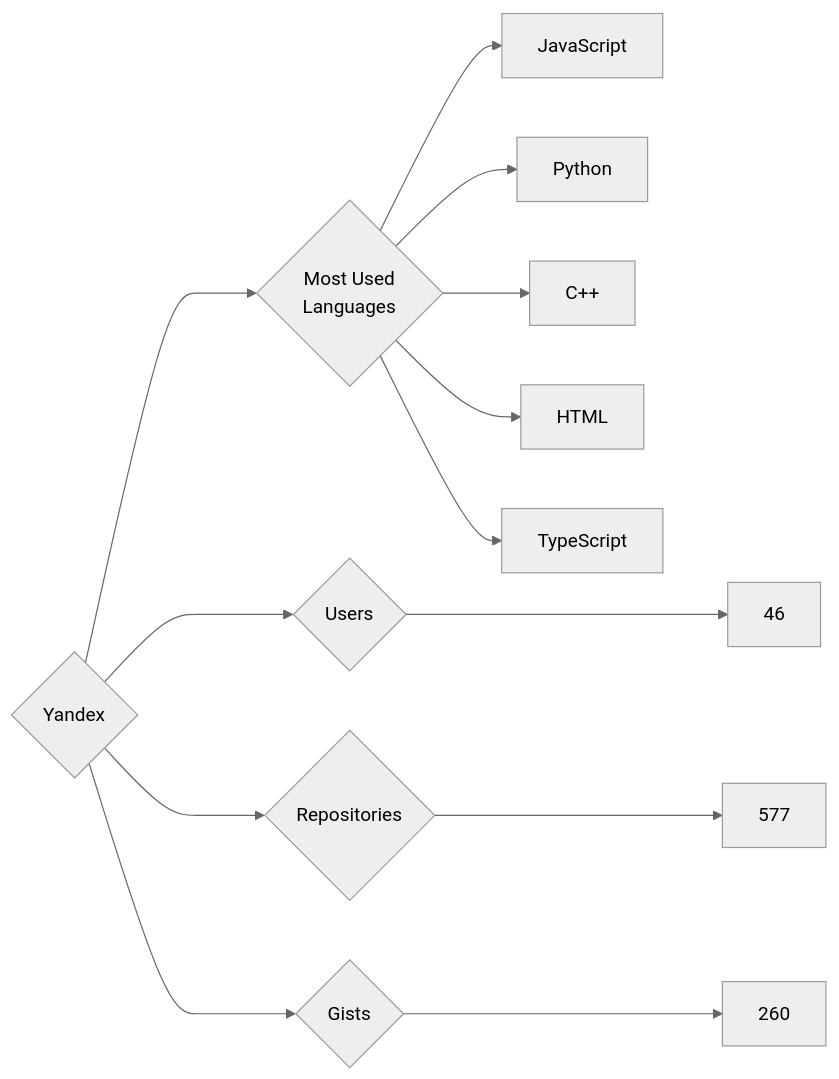
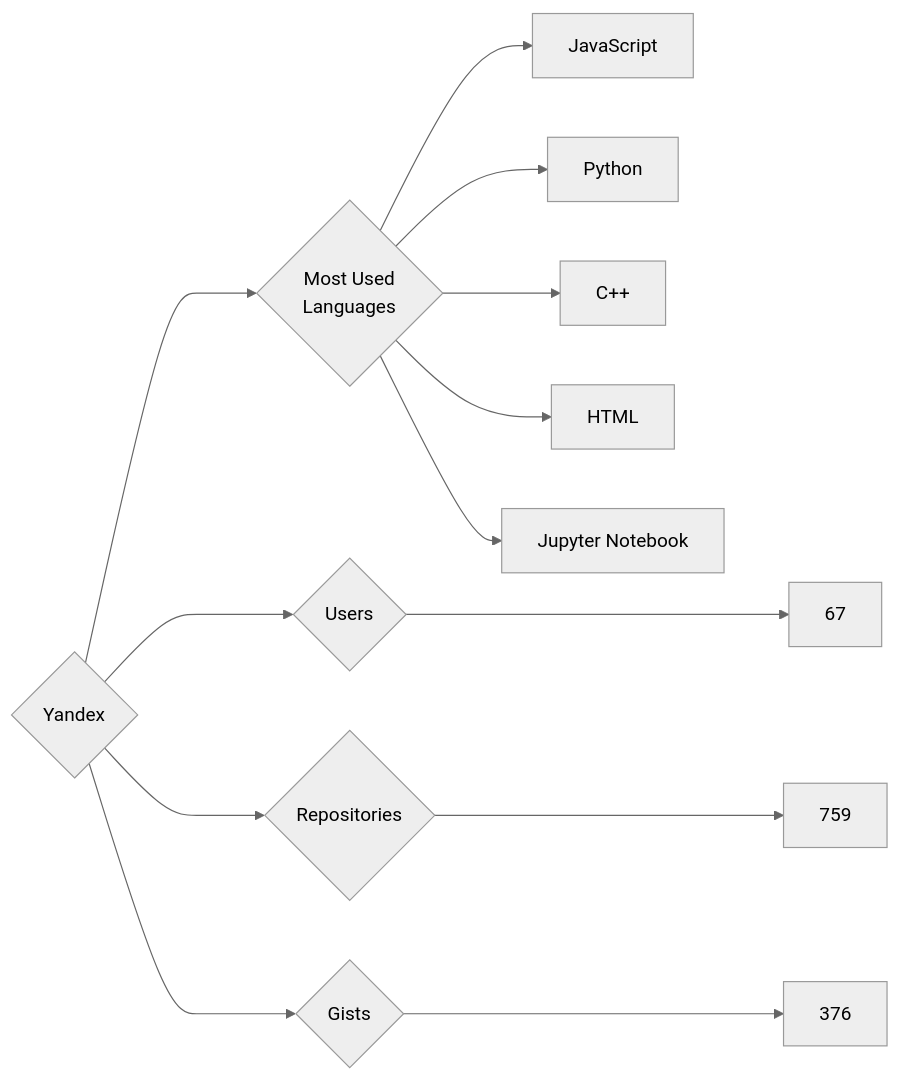
One commit to trickest/insiders changed the diagram in targets/Yandex/README.md. Above: the diagram before and after it, drawn with Mermaid (neutral theme). The commit also changed 920 other files, not shown here.

````diff
--- a/targets/Yandex/README.md
+++ b/targets/Yandex/README.md
@@ -3,13 +3,13 @@
 ```mermaid
 graph LR
 COMPANY_NAME{Yandex}
-COMPANY_NAME ---> U{Users} ---> UN[46]
-COMPANY_NAME ---> R{Repositories} ---> RN[577]
-COMPANY_NAME ---> G{Gists} ---> GN[260]
+COMPANY_NAME ---> U{Users} ---> UN[67]
+COMPANY_NAME ---> R{Repositories} ---> RN[759]
+COMPANY_NAME ---> G{Gists} ---> GN[376]
 COMPANY_NAME ---> ML{Most Used<br>Languages}
 ML --> JavaScript[JavaScript]
 ML --> Python[Python]
 ML --> C++[C++]
 ML --> HTML[HTML]
-ML --> TypeScript[TypeScript]
+ML --> Jupyter_Notebook[Jupyter Notebook]
 ```
````
